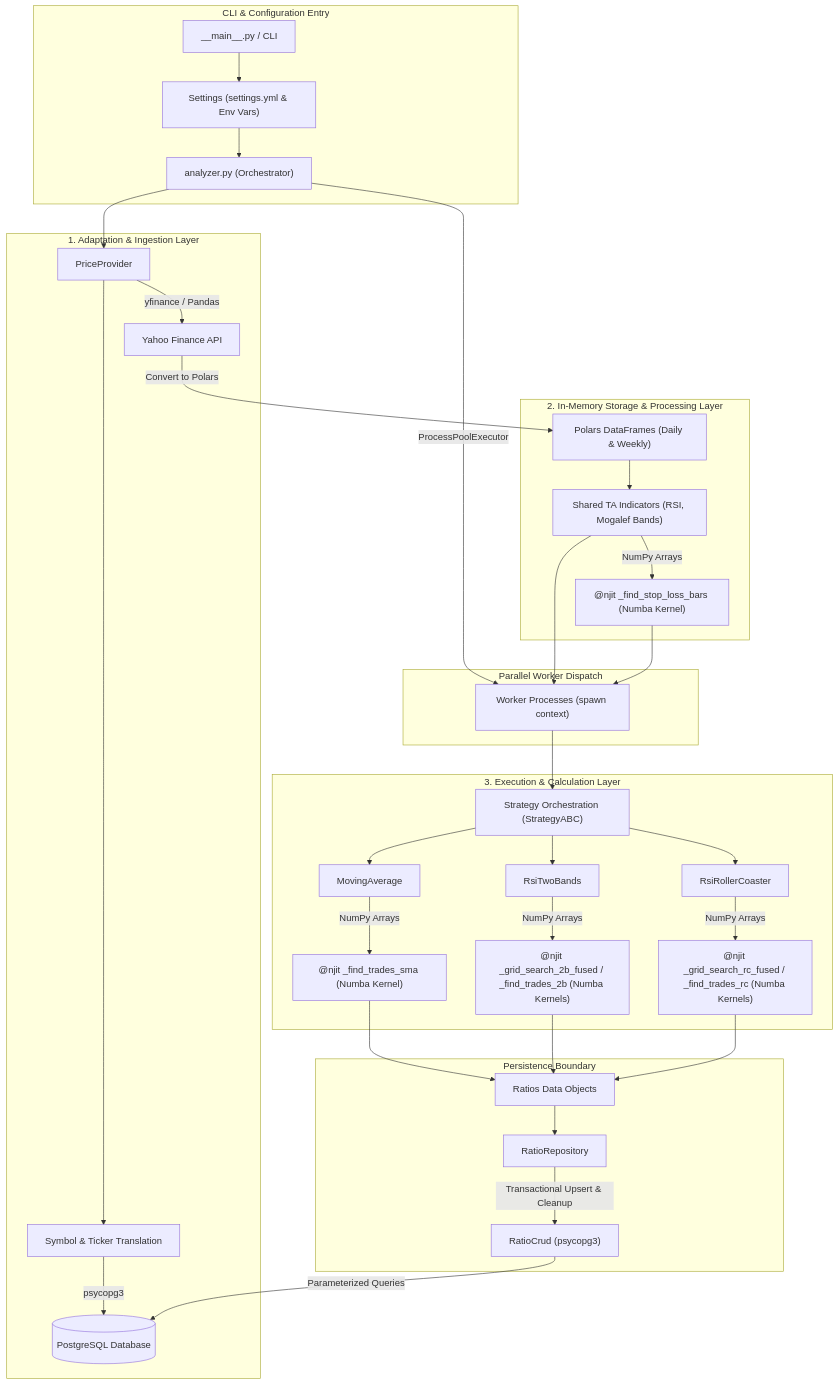
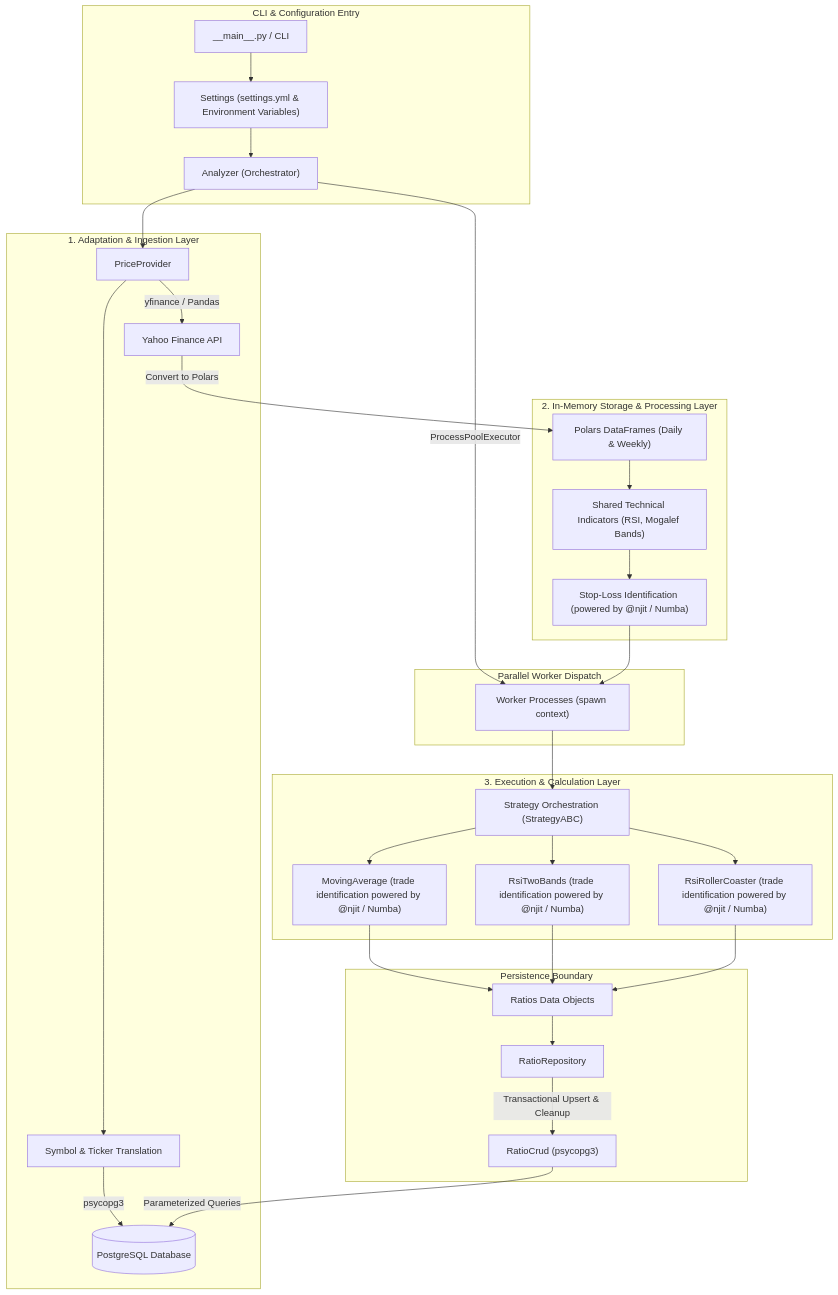
One commit to NestorDR/radar-core changed the diagram in README.md. Above: the diagram before and after it, drawn with Mermaid. The commit also changed other lines of this file, not shown here.

Commit message:
Update README diagram for architecture clarity.

````diff
--- a/README.md
+++ b/README.md
@@ -80,43 +80,41 @@
 ```mermaid
 flowchart TD
     subgraph CLI ["CLI & Configuration Entry"]
-        Main["__main__.py / CLI"] --> Settings["Settings (settings.yml & Env Vars)"]
-        Settings --> Analyzer["analyzer.py (Orchestrator)"]
+        Main["__main__.py / CLI"] --> Settings["Settings (settings.yml & Environment Variables)"]
+        Settings --> Analyzer["Analyzer (Orchestrator)"]
     end
 
     subgraph DataIngestion ["1. Adaptation & Ingestion Layer"]
         Analyzer --> PriceProvider["PriceProvider"]
         PriceProvider --> SymbolMapping["Symbol & Ticker Translation"]
         SymbolMapping -->|psycopg3| DB[("PostgreSQL Database")]
         PriceProvider -->|yfinance / Pandas| YFinance["Yahoo Finance API"]
     end
 
     subgraph Storage ["2. In-Memory Storage & Processing Layer"]
         YFinance -->|Convert to Polars| PolarsData["Polars DataFrames (Daily & Weekly)"]
-        PolarsData --> TechnicalIndicators["Shared TA Indicators (RSI, Mogalef Bands)"]
-        TechnicalIndicators -->|NumPy Arrays| NumbaSL["@njit _find_stop_loss_bars (Numba Kernel)"]
+        PolarsData --> TechnicalIndicators["Shared Technical Indicators (RSI, Mogalef Bands)"]
+        TechnicalIndicators --> StopLoss["Stop-Loss Identification (powered by @njit / Numba)"]
     end
 
     subgraph Concurrency ["Parallel Worker Dispatch"]
         Analyzer -->|ProcessPoolExecutor| ParallelWorkers["Worker Processes (spawn context)"]
-        TechnicalIndicators & NumbaSL --> ParallelWorkers
+        StopLoss --> ParallelWorkers
     end
 
     subgraph Execution ["3. Execution & Calculation Layer"]
         ParallelWorkers --> StrategyOrch["Strategy Orchestration (StrategyABC)"]
-        StrategyOrch --> MA["MovingAverage"]
-        StrategyOrch --> RSI2B["RsiTwoBands"]
-        StrategyOrch --> RSIRC["RsiRollerCoaster"]
-
-        MA -->|NumPy Arrays| NumbaMA["@njit _find_trades_sma (Numba Kernel)"]
-        RSI2B -->|NumPy Arrays| Numba2B["@njit _grid_search_2b_fused / _find_trades_2b (Numba Kernels)"]
-        RSIRC -->|NumPy Arrays| NumbaRC["@njit _grid_search_rc_fused / _find_trades_rc (Numba Kernels)"]
+        StrategyOrch --> MA["MovingAverage (trade identification powered by @njit / Numba)"]
+        StrategyOrch --> RSI2B["RsiTwoBands (trade identification powered by @njit / Numba)"]
+        StrategyOrch --> RSIRC["RsiRollerCoaster (trade identification powered by @njit / Numba)"]
     end
 
     subgraph Persistence ["Persistence Boundary"]
-        NumbaMA & Numba2B & NumbaRC --> RatiosOutput["Ratios Data Objects"]
+        MA --> RatiosOutput["Ratios Data Objects"]
+        RSI2B --> RatiosOutput
+        RSIRC --> RatiosOutput
         RatiosOutput --> RatioRepo["RatioRepository"]
         RatioRepo -->|Transactional Upsert & Cleanup| RatioCrud["RatioCrud (psycopg3)"]
         RatioCrud -->|Parameterized Queries| DB
     end
 ```
````
